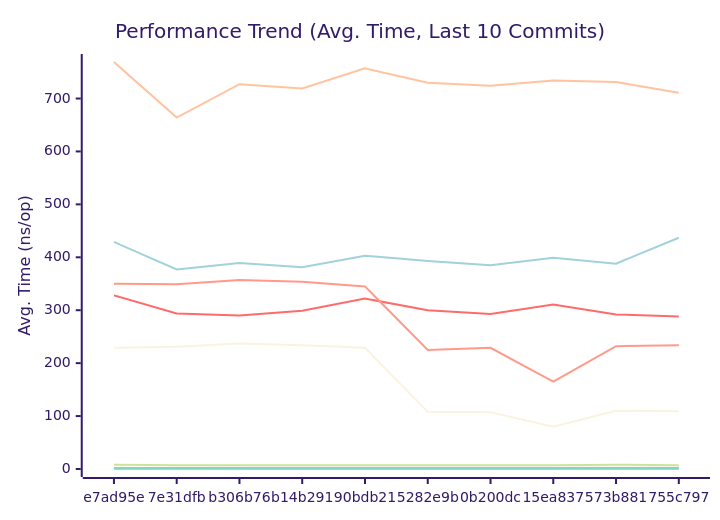
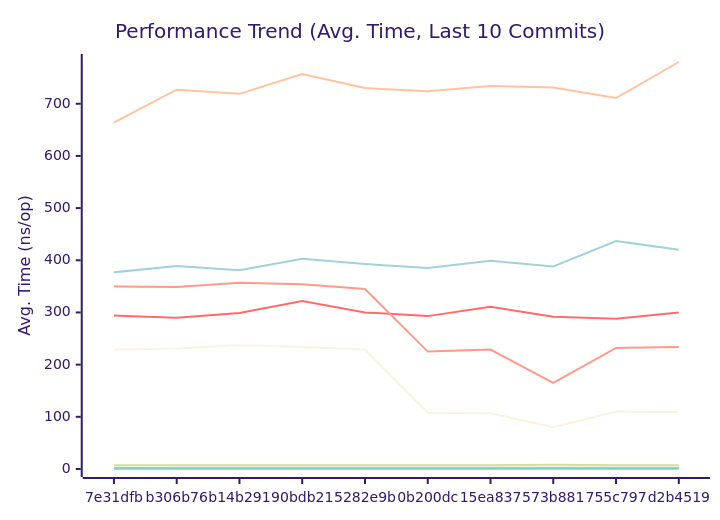
Before and after one commit to alsotoes/momo: the first of 3 diagrams in docs/PERFORMANCE.md, drawn with Mermaid (forest theme). The commit also changed other lines of this file and 18 other files, not shown here.

````diff
--- a/docs/PERFORMANCE.md
+++ b/docs/PERFORMANCE.md
@@ -80,16 +80,16 @@
 ```mermaid
 xychart-beta
     title "Performance Trend (Avg. Time, Last 10 Commits)"
     x-axis "Commit"
     y-axis "Avg. Time (ns/op)"
-    x-axis [e7ad95e,7e31dfb,b306b76,b14b291,90bdb21,5282e9b,0b200dc,15ea837,573b881,755c797]
-    line "CheckMetricsAndSwap" [8,7,7,7,7,7,7,7,8,7]
-    line "CrushOptimized" [328,294,290,299,322,300,293,311,292,288]
-    line "CrushOriginal" [429,377,389,381,403,393,385,399,388,437]
+    x-axis [7e31dfb,b306b76,b14b291,90bdb21,5282e9b,0b200dc,15ea837,573b881,755c797,d2b4519]
+    line "CheckMetricsAndSwap" [7,7,7,7,7,7,7,8,7,7]
+    line "CrushOptimized" [294,290,299,322,300,293,311,292,288,300]
+    line "CrushOriginal" [377,389,381,403,393,385,399,388,437,420]
     line "IndexDirectTracking" [0,0,0,0,0,0,0,0,0,0]
-    line "IndexSearch" [2,2,3,3,3,3,3,3,3,3]
-    line "LoadGlobalConfig" [769,664,727,719,757,730,724,734,731,711]
+    line "IndexSearch" [2,3,3,3,3,3,3,3,3,3]
+    line "LoadGlobalConfig" [664,727,719,757,730,724,734,731,711,780]
     line "PadString" [2,2,2,2,2,2,2,2,2,2]
     line "ParseReplicationOrder_NoPrealloc" [350,349,357,354,345,225,229,165,232,234]
     line "ParseReplicationOrder_Prealloc" [229,231,237,234,229,108,107,80,110,109]
 ```
````
